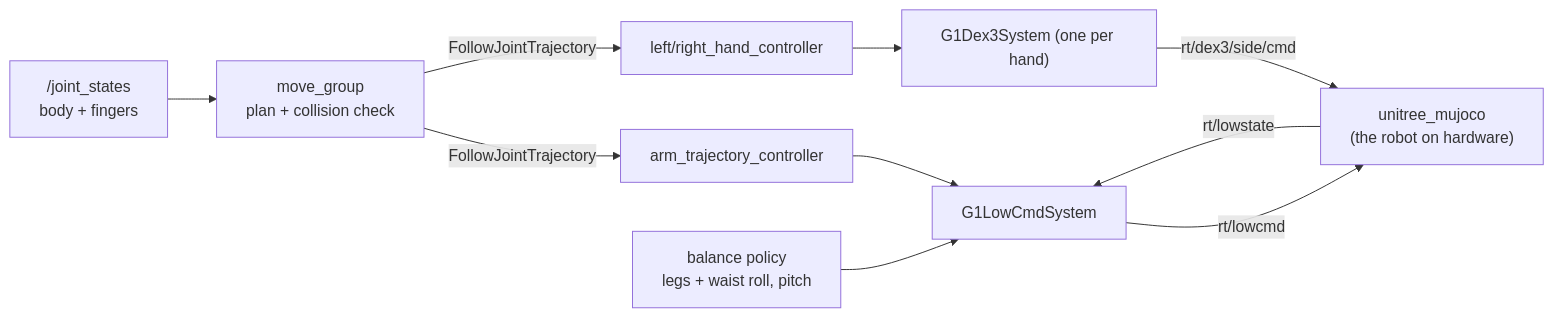
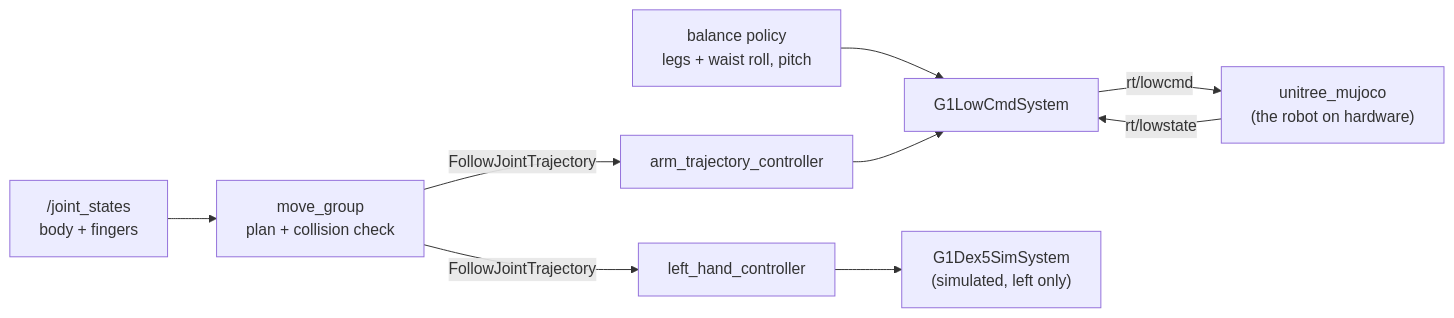
The diagram in workspace/src/g1_moveit_config/README.md (Mertsr/merts-g1-dex5), drawn with Mermaid before and after one commit. The commit also changed other lines of this file and 39 other files, not shown here.

Commit message:
Add simulated left Dex5 ros2_control backend and align controllers, MoveIt and bringup

````diff
--- a/workspace/src/g1_moveit_config/README.md
+++ b/workspace/src/g1_moveit_config/README.md
@@ -7,12 +7,11 @@
 ```mermaid
 flowchart LR
     JS["/joint_states<br/>body + fingers"] --> MG["move_group<br/>plan + collision check"]
     MG -- "FollowJointTrajectory" --> JTC["arm_trajectory_controller"]
-    MG -- "FollowJointTrajectory" --> HC["left/right_hand_controller"]
+    MG -- "FollowJointTrajectory" --> HC["left_hand_controller"]
     POL["balance policy<br/>legs + waist roll, pitch"] --> HW["G1LowCmdSystem"]
     JTC --> HW
-    HC --> HH["G1Dex3System (one per hand)"]
+    HC --> HH["G1Dex5SimSystem<br/>(simulated, left only)"]
     HW -- "rt/lowcmd" --> SIM["unitree_mujoco<br/>(the robot on hardware)"]
     SIM -- "rt/lowstate" --> HW
-    HH -- "rt/dex3/side/cmd" --> SIM
 ```
````
